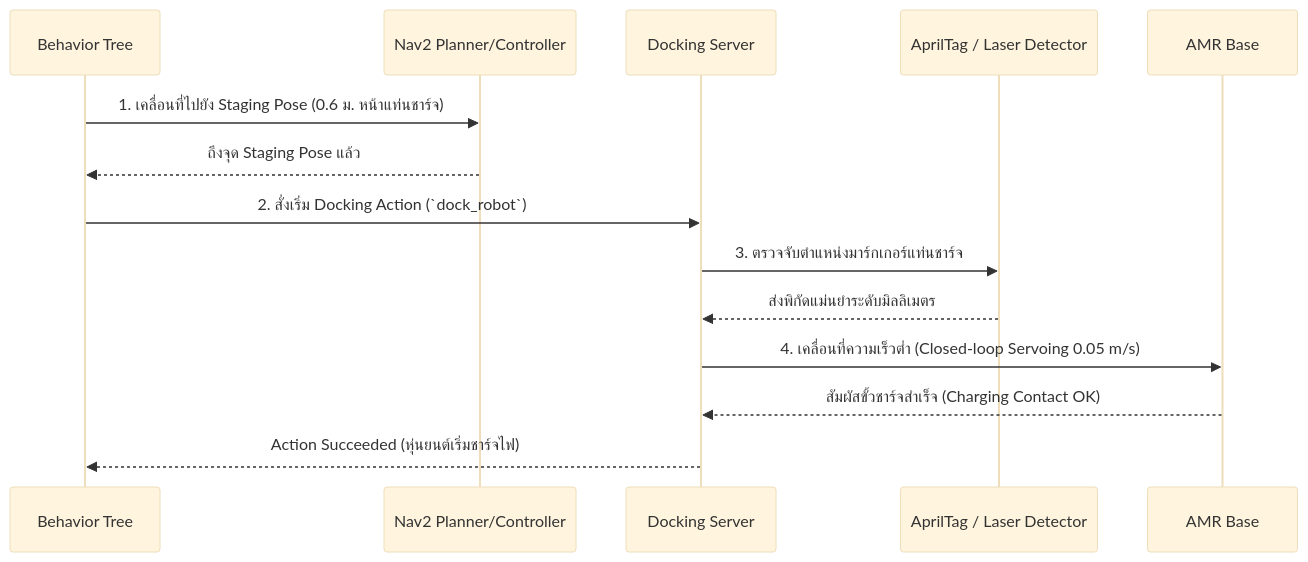
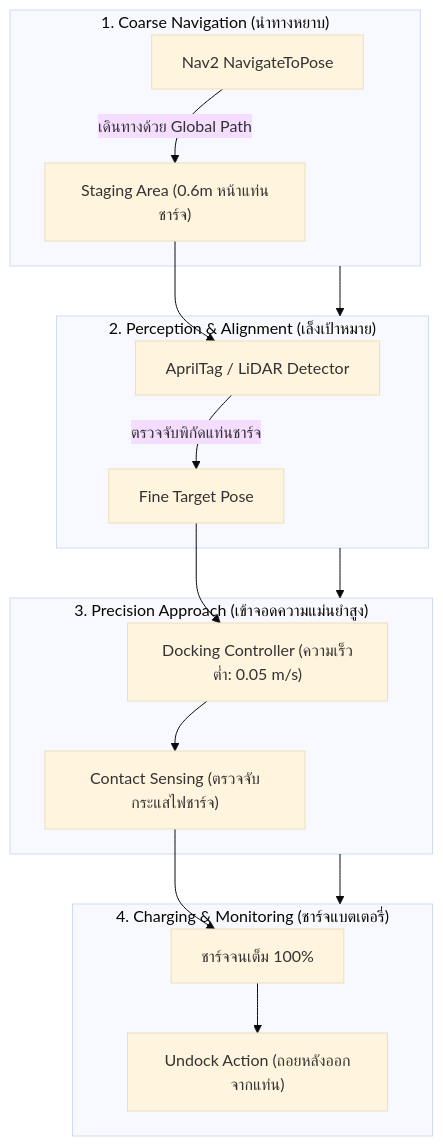
The first of 2 diagrams in Advanced_ROS/03_Nav2_Precision_Docking/README.md (alfaXphoori/ros2), drawn with Mermaid (base theme) before and after one commit. The commit also changed other lines of this file and 14 other files, not shown here.

````diff
--- a/Advanced_ROS/03_Nav2_Precision_Docking/README.md
+++ b/Advanced_ROS/03_Nav2_Precision_Docking/README.md
@@ -15,17 +22,23 @@
 ```mermaid
-sequenceDiagram
-    participant BT as Behavior Tree
-    participant Nav as Nav2 Planner/Controller
-    participant Dock as Docking Server
-    participant Vision as AprilTag / Laser Detector
-    participant Robot as AMR Base
+flowchart TD
+    subgraph Phase1 ["1. Coarse Navigation (นำทางหยาบ)"]
+        Nav["Nav2 NavigateToPose"] -->|"เดินทางด้วย Global Path"| Staging["Staging Area (0.6m หน้าแท่นชาร์จ)"]
+    end
 
-    BT->>Nav: 1. เคลื่อนที่ไปยัง Staging Pose (0.6 ม. หน้าแท่นชาร์จ)
-    Nav-->>BT: ถึงจุด Staging Pose แล้ว
-    BT->>Dock: 2. สั่งเริ่ม Docking Action (`dock_robot`)
-    Dock->>Vision: 3. ตรวจจับตำแหน่งมาร์กเกอร์แท่นชาร์จ
-    Vision-->>Dock: ส่งพิกัดแม่นยำระดับมิลลิเมตร
-    Dock->>Robot: 4. เคลื่อนที่ความเร็วต่ำ (Closed-loop Servoing 0.05 m/s)
-    Robot-->>Dock: สัมผัสขั้วชาร์จสำเร็จ (Charging Contact OK)
-    Dock-->>BT: Action Succeeded (หุ่นยนต์เริ่มชาร์จไฟ)
+    subgraph Phase2 ["2. Perception & Alignment (เล็งเป้าหมาย)"]
+        Staging --> Cam["AprilTag / LiDAR Detector"]
+        Cam -->|"ตรวจจับพิกัดแท่นชาร์จ"| DockPose["Fine Target Pose"]
+    end
+
+    subgraph Phase3 ["3. Precision Approach (เข้าจอดความแม่นยำสูง)"]
+        DockPose --> Controller["Docking Controller (ความเร็วต่ำ: 0.05 m/s)"]
+        Controller --> Contact["Contact Sensing (ตรวจจับกระแสไฟชาร์จ)"]
+    end
+
+    subgraph Phase4 ["4. Charging & Monitoring (ชาร์จแบตเตอรี่)"]
+        Contact --> Charge["ชาร์จจนเต็ม 100%"]
+        Charge --> Undock["Undock Action (ถอยหลังออกจากแท่น)"]
+    end
+
+    Phase1 --> Phase2 --> Phase3 --> Phase4
 ```
````
